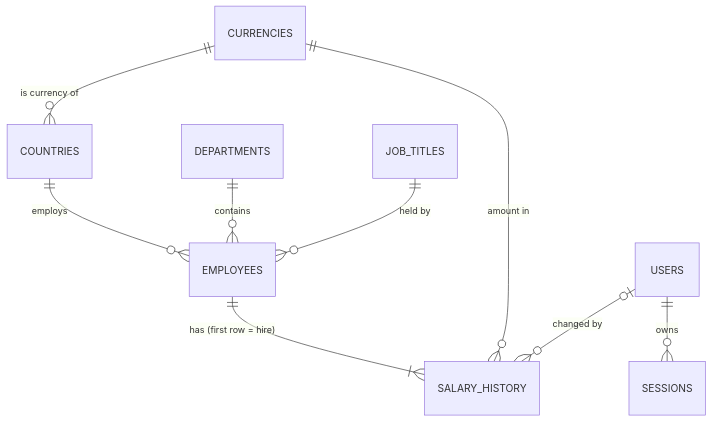
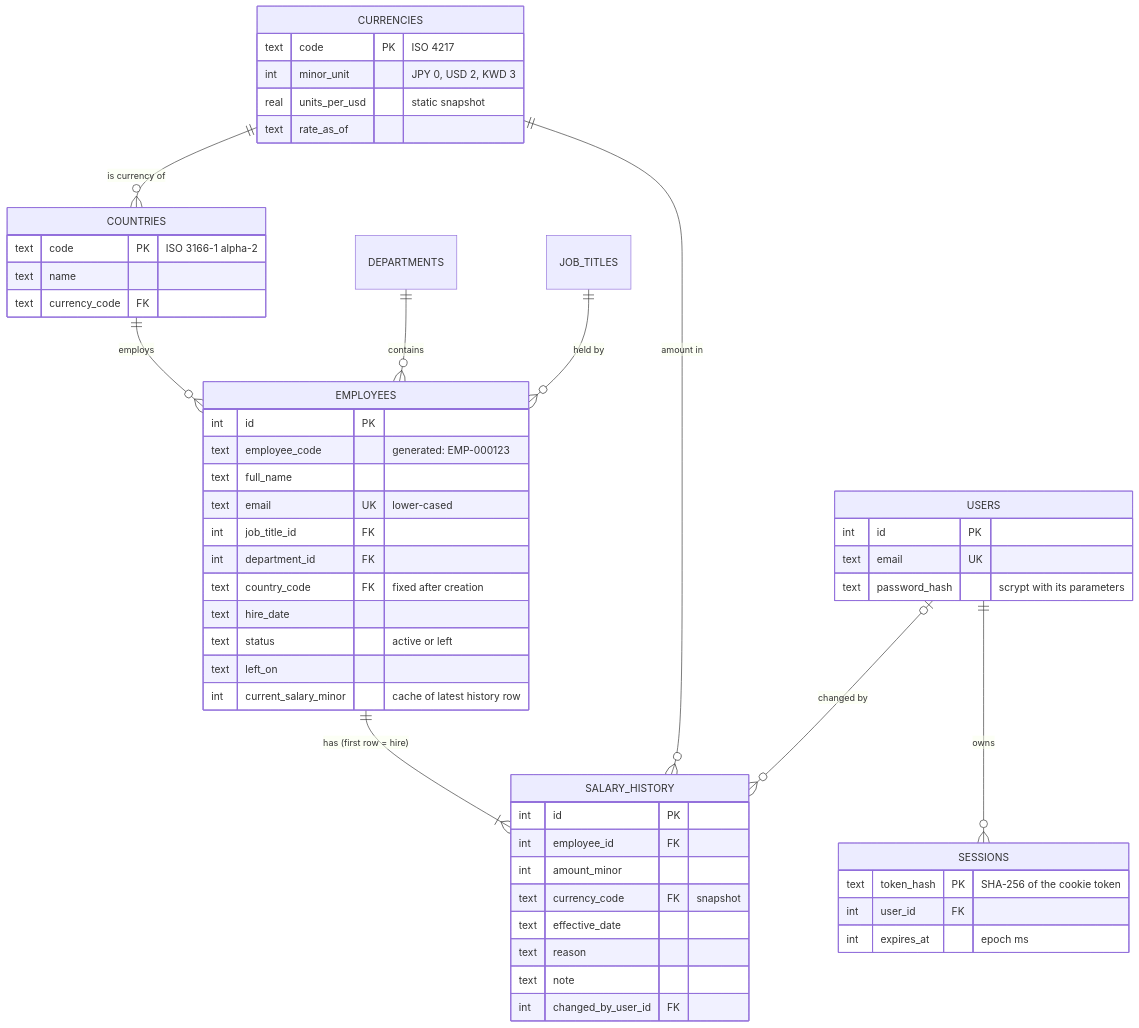
The second of 2 diagrams in docs/architecture.md (SwapnilRaj1708/Salary-Management), drawn with Mermaid before and after one commit. The commit also changed other lines of this file and 7 other files, not shown here.

````diff
--- a/docs/architecture.md
+++ b/docs/architecture.md
@@ -91,11 +96,55 @@
 ```mermaid
 erDiagram
   CURRENCIES ||--o{ COUNTRIES : "is currency of"
   COUNTRIES ||--o{ EMPLOYEES : "employs"
   DEPARTMENTS ||--o{ EMPLOYEES : "contains"
   JOB_TITLES ||--o{ EMPLOYEES : "held by"
   EMPLOYEES ||--|{ SALARY_HISTORY : "has (first row = hire)"
   CURRENCIES ||--o{ SALARY_HISTORY : "amount in"
   USERS ||--o{ SESSIONS : "owns"
   USERS |o--o{ SALARY_HISTORY : "changed by"
+  CURRENCIES {
+    text code PK "ISO 4217"
+    int minor_unit "JPY 0, USD 2, KWD 3"
+    real units_per_usd "static snapshot"
+    text rate_as_of
+  }
+  COUNTRIES {
+    text code PK "ISO 3166-1 alpha-2"
+    text name
+    text currency_code FK
+  }
+  EMPLOYEES {
+    int id PK
+    text employee_code "generated: EMP-000123"
+    text full_name
+    text email UK "lower-cased"
+    int job_title_id FK
+    int department_id FK
+    text country_code FK "fixed after creation"
+    text hire_date
+    text status "active or left"
+    text left_on
+    int current_salary_minor "cache of latest history row"
+  }
+  SALARY_HISTORY {
+    int id PK
+    int employee_id FK
+    int amount_minor
+    text currency_code FK "snapshot"
+    text effective_date
+    text reason
+    text note
+    int changed_by_user_id FK
+  }
+  USERS {
+    int id PK
+    text email UK
+    text password_hash "scrypt with its parameters"
+  }
+  SESSIONS {
+    text token_hash PK "SHA-256 of the cookie token"
+    int user_id FK
+    int expires_at "epoch ms"
+  }
 ```
````
